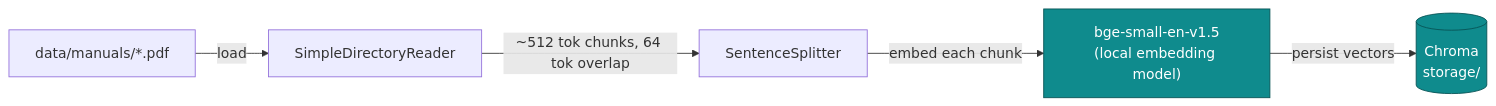
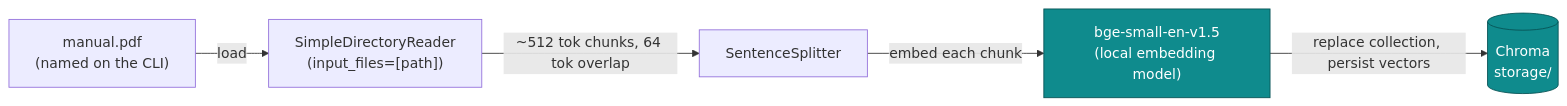
The first of 2 diagrams in docs/architecture.md (gorz-0815/rag-tfm), drawn with Mermaid before and after one commit. The commit also changed other lines of this file and 12 other files, not shown here.

First line of the commit message:
Switch to explicit single-manual-by-path, drop directory-wide scanning

````diff
--- a/docs/architecture.md
+++ b/docs/architecture.md
@@ -15,10 +19,10 @@
 ```mermaid
 flowchart LR
-    A["data/manuals/*.pdf"] -->|load| B["SimpleDirectoryReader"]
+    A["manual.pdf\n(named on the CLI)"] -->|load| B["SimpleDirectoryReader\n(input_files=[path])"]
     B -->|"~512 tok chunks, 64 tok overlap"| C["SentenceSplitter"]
     C -->|embed each chunk| D["bge-small-en-v1.5\n(local embedding model)"]
-    D -->|persist vectors| E[("Chroma\nstorage/")]
+    D -->|"replace collection, persist vectors"| E[("Chroma\nstorage/")]
 
     style D fill:#0f8b8d,stroke:#075355,color:#ffffff
     style E fill:#0f8b8d,stroke:#075355,color:#ffffff
 ```
````
